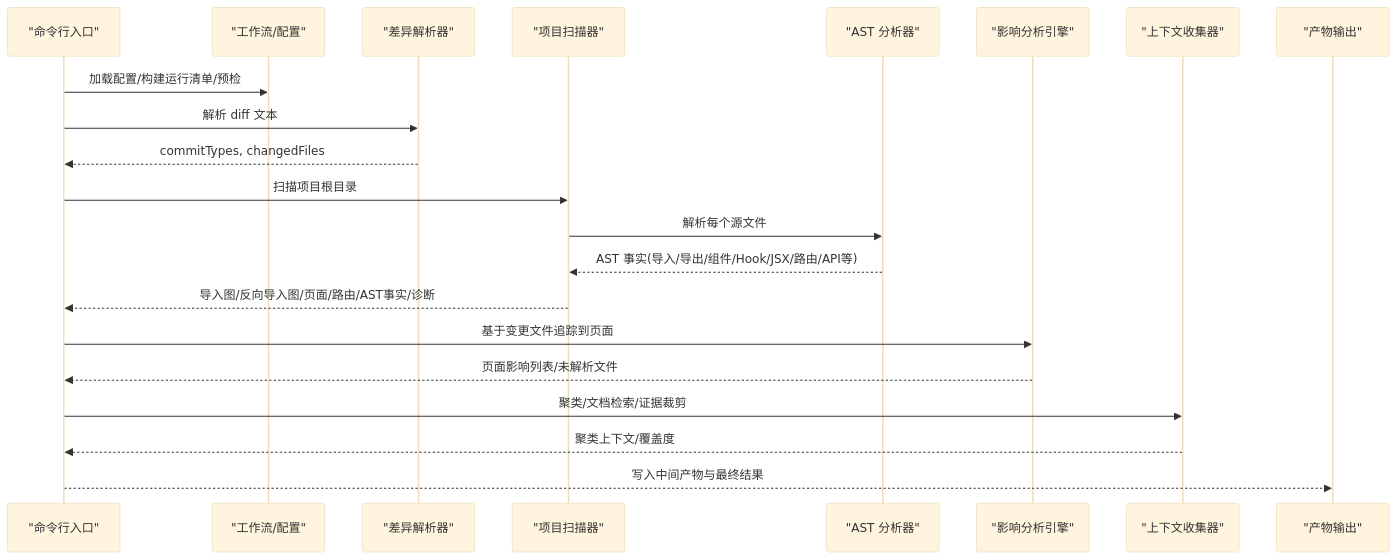
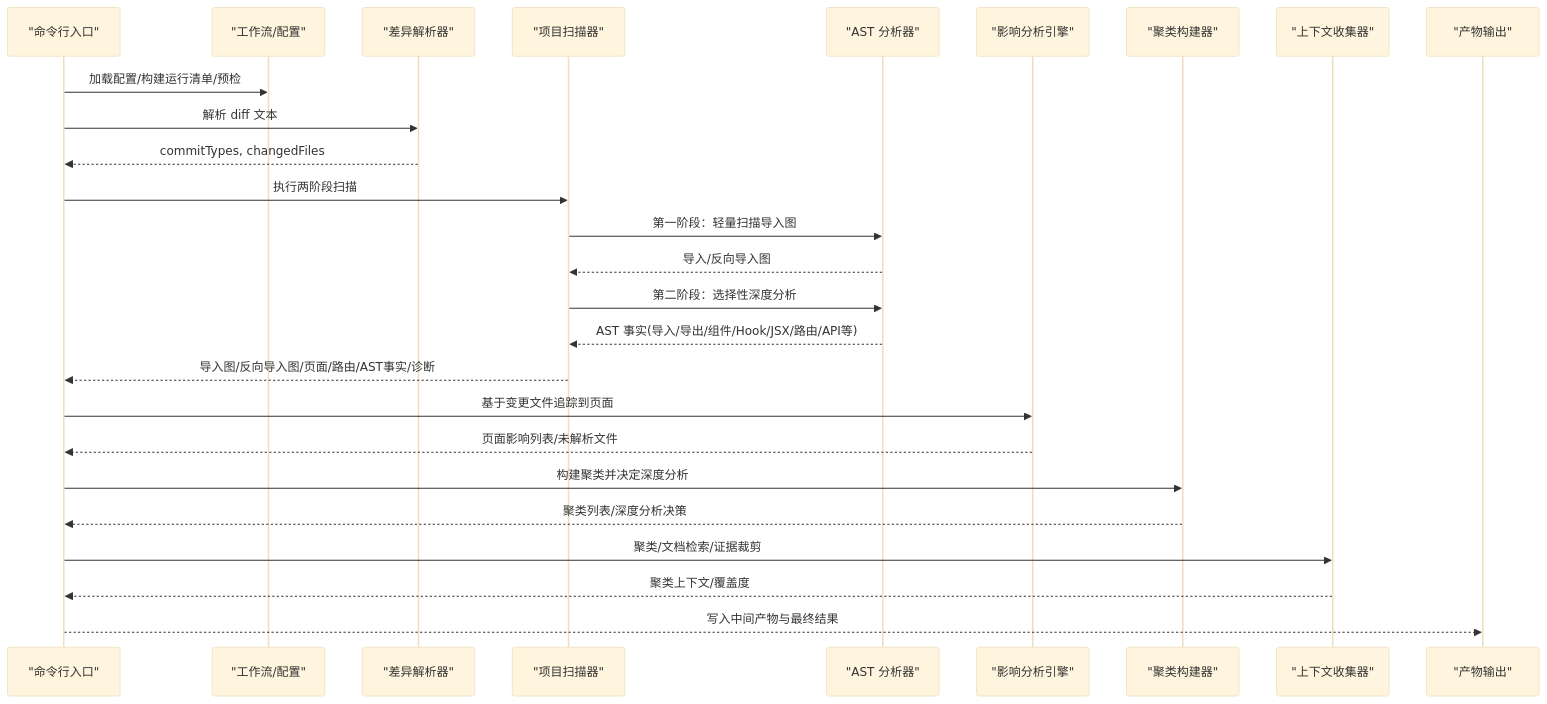
One commit to brand-new-remo/frontend-impact-analyzer changed the second of 8 diagrams in .qoder/repowiki/zh/content/高级用法/性能优化.md. Above: the diagram before and after it, drawn with Mermaid (base theme). The commit also changed other lines of this file and 8 other files, not shown here.

````diff
--- a/.qoder/repowiki/zh/content/高级用法/性能优化.md
+++ b/.qoder/repowiki/zh/content/高级用法/性能优化.md
@@ -95,23 +112,28 @@
 ```mermaid
 sequenceDiagram
 participant CLI as "命令行入口"
 participant WF as "工作流/配置"
 participant DP as "差异解析器"
 participant PS as "项目扫描器"
 participant AST as "AST 分析器"
 participant IE as "影响分析引擎"
+participant CB as "聚类构建器"
 participant CC as "上下文收集器"
 participant OUT as "产物输出"
 CLI->>WF : 加载配置/构建运行清单/预检
 CLI->>DP : 解析 diff 文本
 DP-->>CLI : commitTypes, changedFiles
-CLI->>PS : 扫描项目根目录
-PS->>AST : 解析每个源文件
+CLI->>PS : 执行两阶段扫描
+PS->>AST : 第一阶段：轻量扫描导入图
+AST-->>PS : 导入/反向导入图
+PS->>AST : 第二阶段：选择性深度分析
 AST-->>PS : AST 事实(导入/导出/组件/Hook/JSX/路由/API等)
 PS-->>CLI : 导入图/反向导入图/页面/路由/AST事实/诊断
 CLI->>IE : 基于变更文件追踪到页面
 IE-->>CLI : 页面影响列表/未解析文件
+CLI->>CB : 构建聚类并决定深度分析
+CB-->>CLI : 聚类列表/深度分析决策
 CLI->>CC : 聚类/文档检索/证据裁剪
 CC-->>CLI : 聚类上下文/覆盖度
 CLI-->>OUT : 写入中间产物与最终结果
 ```
````
